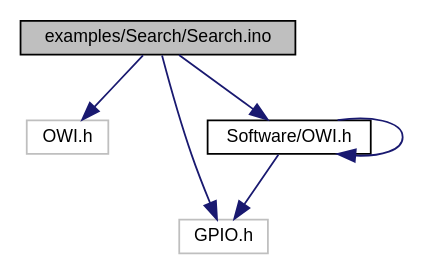
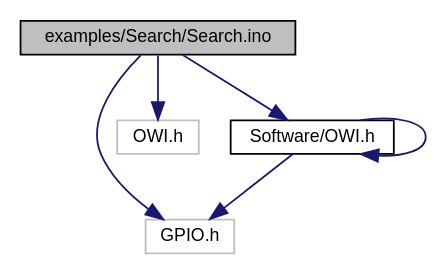
The diagram in Arduino-OWI/d9/dd8/Search_8ino__incl.dot (mikaelpatel/mikaelpatel.github.io), drawn with Graphviz before and after one commit. The commit also changed 166 other files, not shown here.

```diff
--- a/Arduino-OWI/d9/dd8/Search_8ino__incl.dot
+++ b/Arduino-OWI/d9/dd8/Search_8ino__incl.dot
@@ -1,14 +1,14 @@
 digraph "examples/Search/Search.ino"
 {
   edge [fontname="Helvetica",fontsize="10",labelfontname="Helvetica",labelfontsize="10"];
   node [fontname="Helvetica",fontsize="10",shape=record];
   Node1 [label="examples/Search/Search.ino",height=0.2,width=0.4,color="black", fillcolor="grey75", style="filled", fontcolor="black"];
   Node1 -> Node2 [color="midnightblue",fontsize="10",style="solid",fontname="Helvetica"];
-  Node2 [label="OWI.h",height=0.2,width=0.4,color="grey75", fillcolor="white", style="filled"];
+  Node2 [label="GPIO.h",height=0.2,width=0.4,color="grey75", fillcolor="white", style="filled"];
   Node1 -> Node3 [color="midnightblue",fontsize="10",style="solid",fontname="Helvetica"];
-  Node3 [label="GPIO.h",height=0.2,width=0.4,color="grey75", fillcolor="white", style="filled"];
+  Node3 [label="OWI.h",height=0.2,width=0.4,color="grey75", fillcolor="white", style="filled"];
   Node1 -> Node4 [color="midnightblue",fontsize="10",style="solid",fontname="Helvetica"];
   Node4 [label="Software/OWI.h",height=0.2,width=0.4,color="black", fillcolor="white", style="filled",URL="$d7/d2d/Software_2OWI_8h.html"];
   Node4 -> Node4 [color="midnightblue",fontsize="10",style="solid",fontname="Helvetica"];
-  Node4 -> Node3 [color="midnightblue",fontsize="10",style="solid",fontname="Helvetica"];
+  Node4 -> Node2 [color="midnightblue",fontsize="10",style="solid",fontname="Helvetica"];
 }
```
